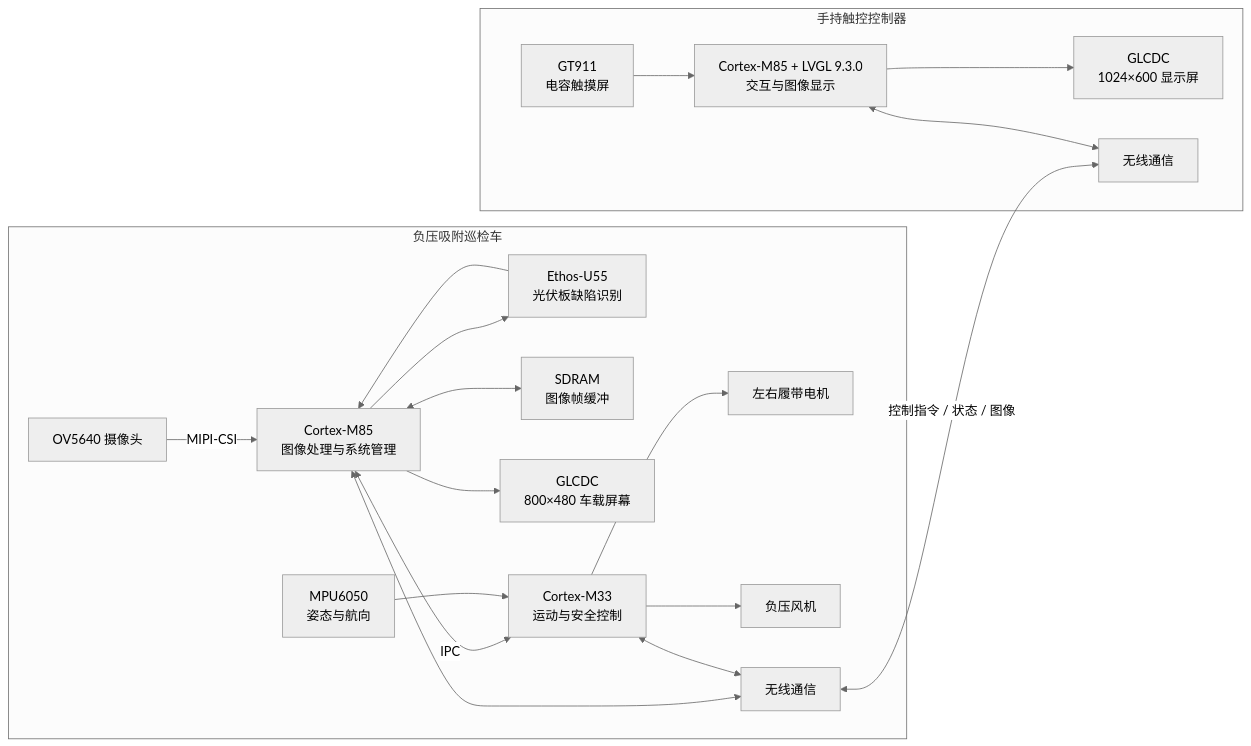
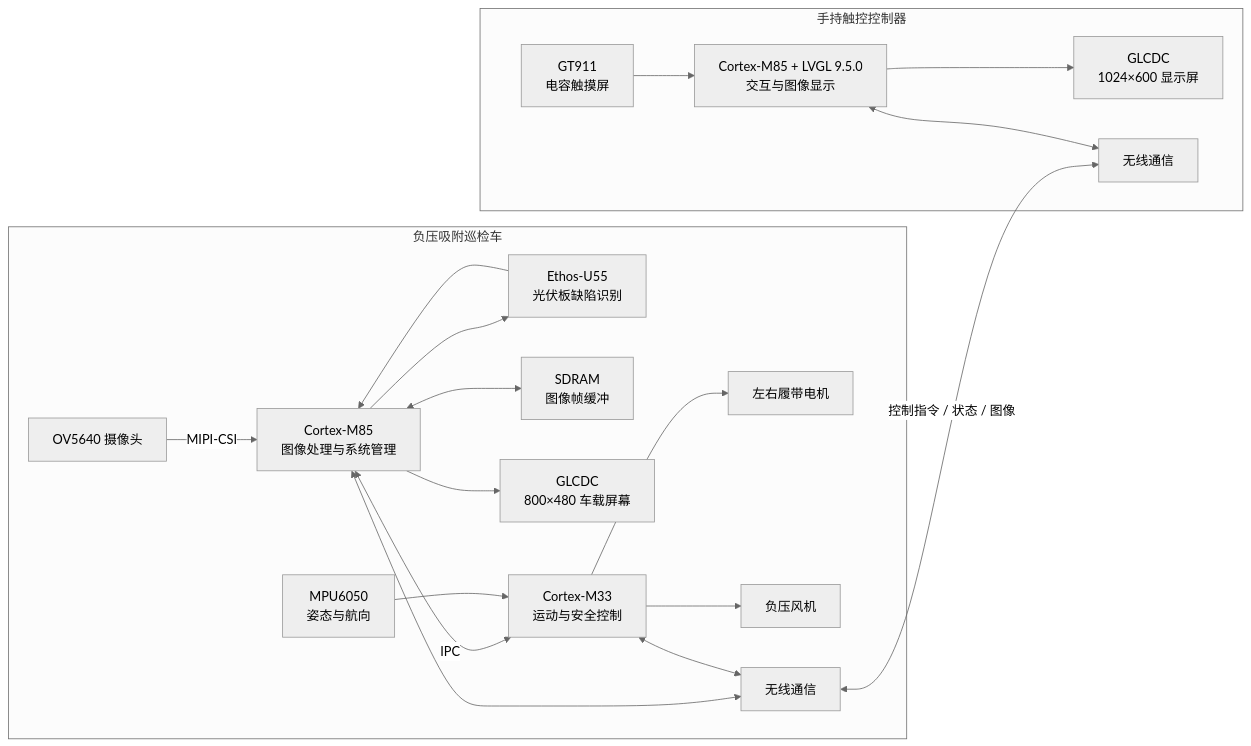
Before and after one commit to Wendellee/Renesas_Cup_Final_Game: the first of 2 diagrams in README.md, drawn with Mermaid (neutral theme). The commit also changed other lines of this file and 34 other files, not shown here.

````diff
--- a/README.md
+++ b/README.md
@@ -46,38 +103,38 @@
 ```mermaid
 flowchart LR
     subgraph VEHICLE["负压吸附巡检车"]
         CAM["OV5640 摄像头"]
         M85["Cortex-M85<br/>图像处理与系统管理"]
         NPU["Ethos-U55<br/>光伏板缺陷识别"]
         SDRAM["SDRAM<br/>图像帧缓冲"]
         CAR_LCD["GLCDC<br/>800×480 车载屏幕"]
         M33["Cortex-M33<br/>运动与安全控制"]
         IMU["MPU6050<br/>姿态与航向"]
         MOTOR["左右履带电机"]
         FAN["负压风机"]
         CAR_RADIO["无线通信"]
     end
 
     subgraph CONTROLLER["手持触控控制器"]
         TOUCH["GT911<br/>电容触摸屏"]
-        UI["Cortex-M85 + LVGL 9.3.0<br/>交互与图像显示"]
+        UI["Cortex-M85 + LVGL 9.5.0<br/>交互与图像显示"]
         PAD_LCD["GLCDC<br/>1024×600 显示屏"]
         PAD_RADIO["无线通信"]
     end
 
     CAM -->|"MIPI-CSI"| M85
     M85 <--> SDRAM
     M85 --> NPU
     NPU --> M85
     M85 --> CAR_LCD
     M85 <-->|"IPC"| M33
     IMU --> M33
     M33 --> MOTOR
     M33 --> FAN
     M85 <--> CAR_RADIO
     M33 <--> CAR_RADIO
     CAR_RADIO <-->|"控制指令 / 状态 / 图像"| PAD_RADIO
     TOUCH --> UI
     UI --> PAD_LCD
     UI <--> PAD_RADIO
 ```
````
